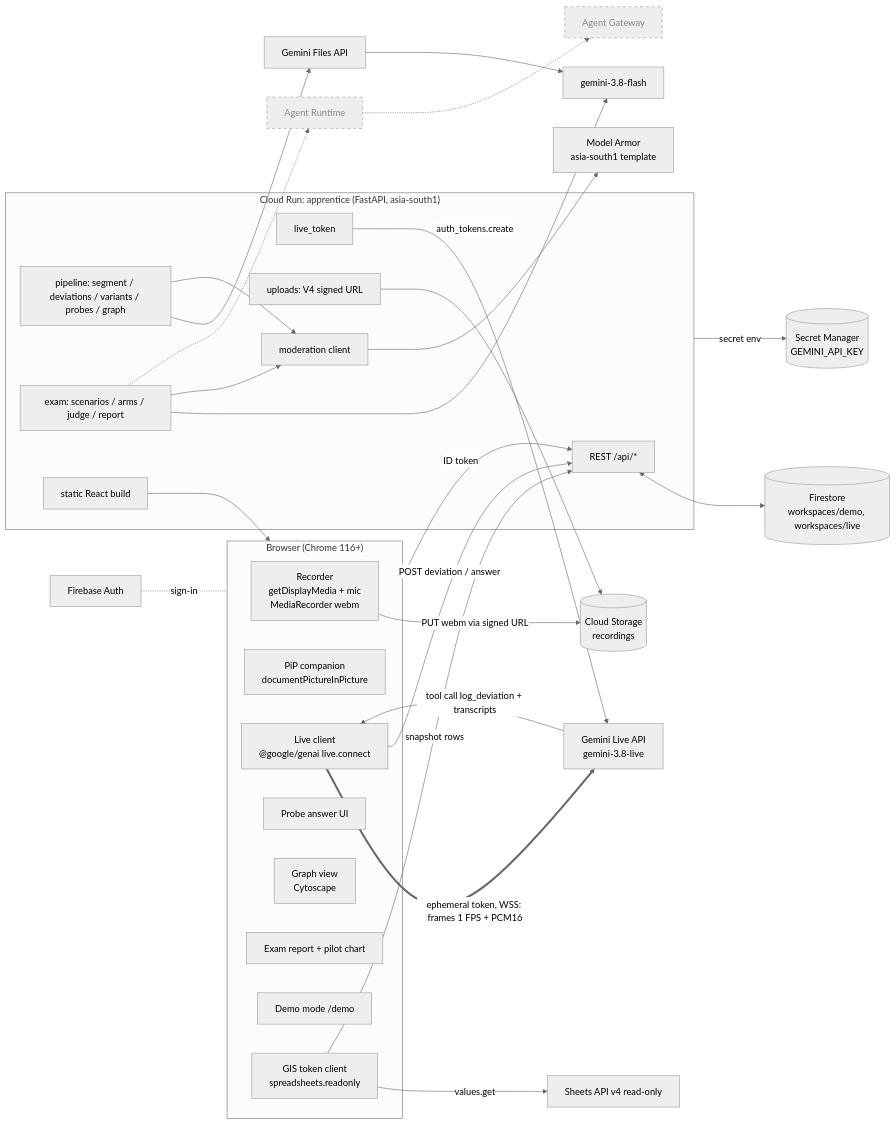
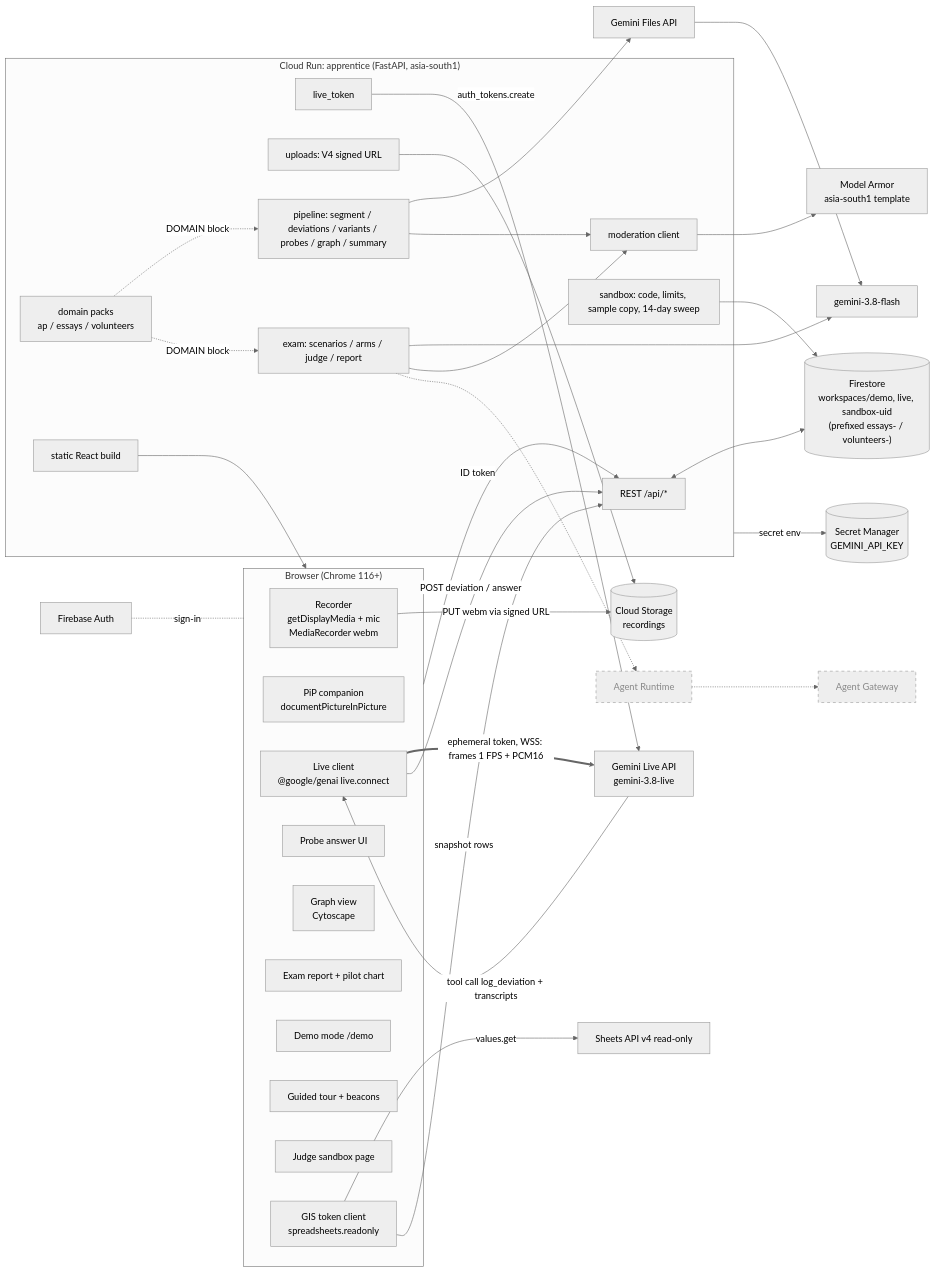
Before and after one commit to saikosis/apprentice-agent: the first of 8 diagrams in docs/ARCHITECTURE.md, drawn with Mermaid (neutral theme). The commit also changed other lines of this file and 2 other files, not shown here.

First line of the commit message:
README for evaluators (live URL, problem, what it does, results, how it's built); architecture and spec brought up to date

`````diff
--- a/docs/ARCHITECTURE.md
+++ b/docs/ARCHITECTURE.md
@@ -5,55 +11,62 @@
 ````mermaid
 flowchart LR
   subgraph Browser["Browser (Chrome 116+)"]
     REC[Recorder<br/>getDisplayMedia + mic<br/>MediaRecorder webm]
     PIP[PiP companion<br/>documentPictureInPicture]
     LIVEC[Live client<br/>@google/genai live.connect]
     PUI[Probe answer UI]
     GV[Graph view<br/>Cytoscape]
     EX[Exam report + pilot chart]
     DM[Demo mode /demo]
+    TOUR[Guided tour + beacons]
+    SB[Judge sandbox page]
     GIS[GIS token client<br/>spreadsheets.readonly]
   end
 
   subgraph CR["Cloud Run: apprentice (FastAPI, asia-south1)"]
     API[REST /api/*]
     TOK[live_token]
     UP[uploads: V4 signed URL]
-    PIPE[pipeline: segment / deviations / variants / probes / graph]
+    PIPE[pipeline: segment / deviations / variants / probes / graph / summary]
+    DOM[domain packs<br/>ap / essays / volunteers]
+    SAND[sandbox: code, limits, sample copy, 14-day sweep]
     EXAM[exam: scenarios / arms / judge / report]
     MA[moderation client]
     STATIC[static React build]
   end
 
-  FS[(Firestore<br/>workspaces/demo, workspaces/live)]
+  FS[("Firestore<br/>workspaces/demo, live, sandbox-uid<br/>(prefixed essays- / volunteers-)")]
   GCS[(Cloud Storage<br/>recordings)]
   SM[(Secret Manager<br/>GEMINI_API_KEY)]
   FA[Firebase Auth]
   GLIVE[Gemini Live API<br/>gemini-3.8-live]
   GFILES[Gemini Files API]
   GFLASH[gemini-3.8-flash]
   MARMOR[Model Armor<br/>asia-south1 template]
   SHEETS[Sheets API v4 read-only]
 
   Browser -- ID token --> API
   FA -. sign-in .- Browser
   TOK -- auth_tokens.create --> GLIVE
   LIVEC == ephemeral token, WSS: frames 1 FPS + PCM16 ==> GLIVE
   GLIVE -- tool call log_deviation + transcripts --> LIVEC
   LIVEC -- POST deviation / answer --> API
   REC -- PUT webm via signed URL --> GCS
   UP --> GCS
   PIPE --> GFILES --> GFLASH
+  DOM -. DOMAIN block .-> PIPE
+  DOM -. DOMAIN block .-> EXAM
+  SAND --> FS
   PIPE --> MA --> MARMOR
   EXAM --> GFLASH
   EXAM --> MA
   API <--> FS
   CR -- secret env --> SM
   GIS -- values.get --> SHEETS
   GIS -- snapshot rows --> API
   STATIC --> Browser
   AR[Agent Runtime]:::road
   AG[Agent Gateway]:::road
   EXAM -.-> AR -.-> AG
   classDef road stroke-dasharray: 5 5,color:#888;
 ````
`````
